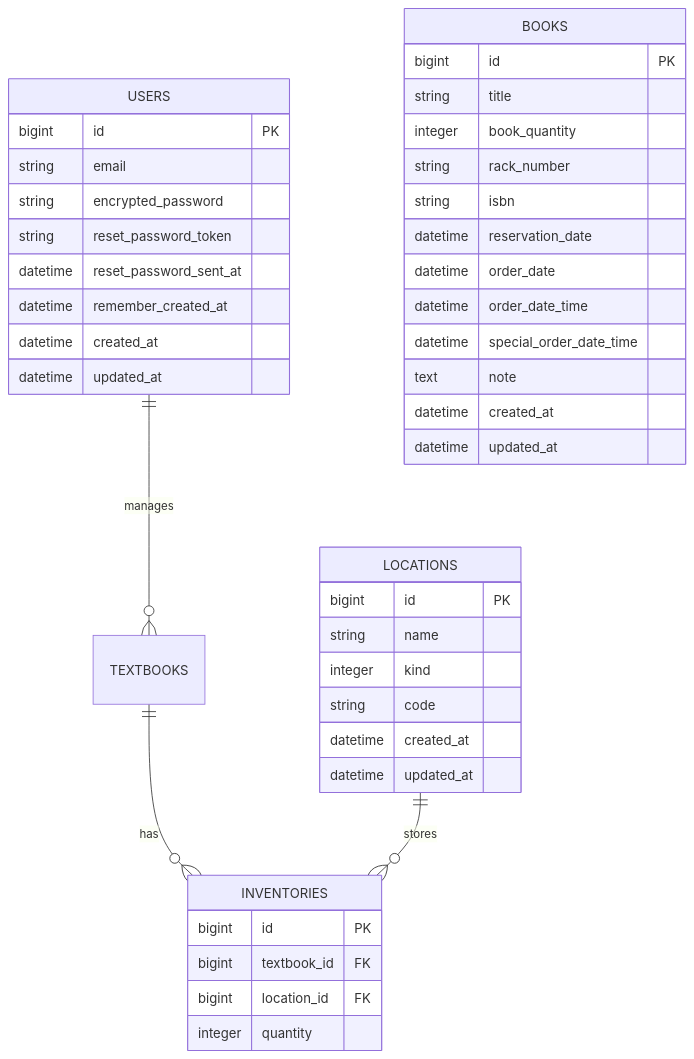
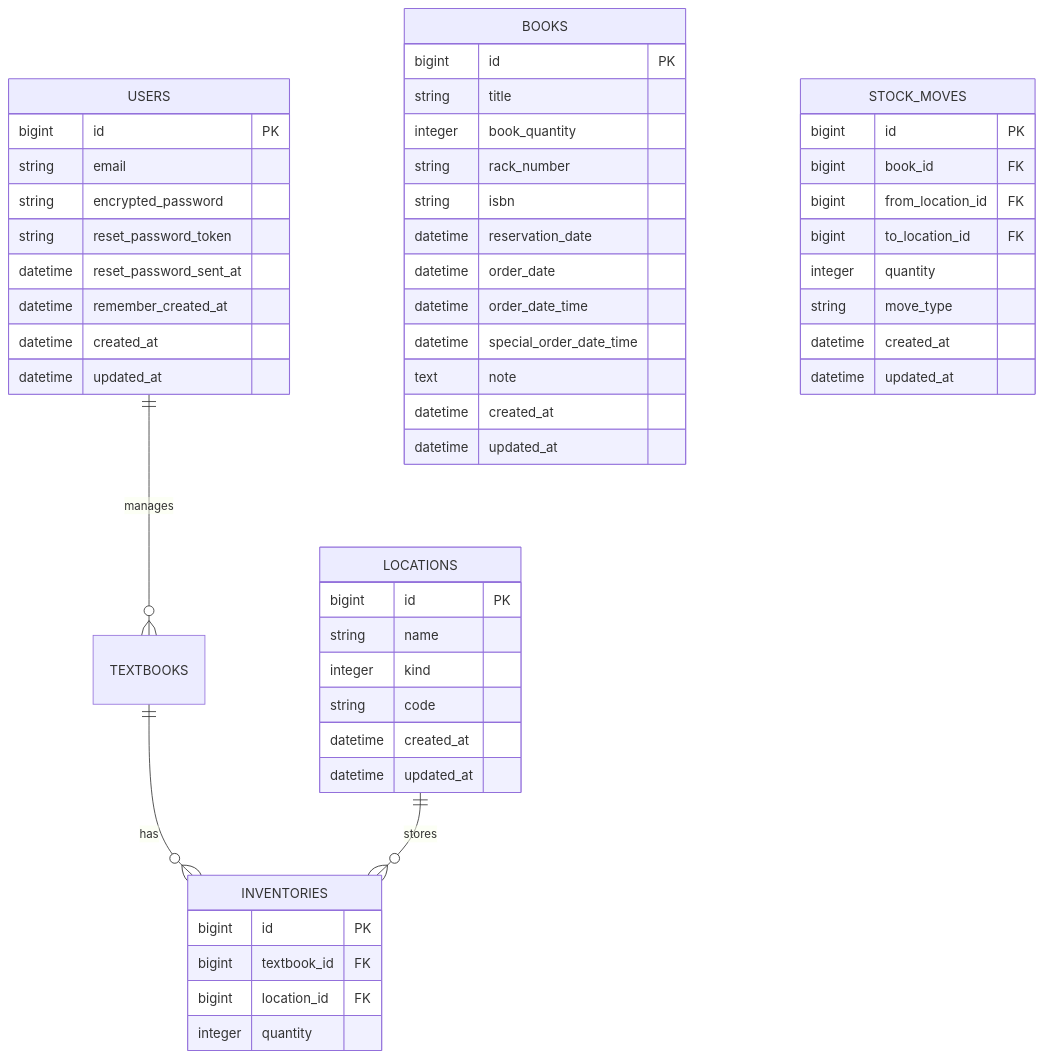
Before and after one commit to makoto860/book_stock_move_app: the diagram in README.md, drawn with Mermaid.

````diff
--- a/README.md
+++ b/README.md
@@ -17,48 +17,59 @@
 ```mermaid
 erDiagram
 USERS {
   bigint id PK
   string email
   string encrypted_password
   string reset_password_token
   datetime reset_password_sent_at
   datetime remember_created_at
   datetime created_at
   datetime updated_at
 }
 
 BOOKS {
     bigint id PK
     string title
     integer book_quantity
     string rack_number
     string isbn
     datetime reservation_date
     datetime order_date
     datetime order_date_time
     datetime special_order_date_time
     text note
     datetime created_at
     datetime updated_at
 }
 
 LOCATIONS {
   bigint id PK
   string name
   integer kind
   string code
   datetime created_at
   datetime updated_at
 }
 
+STOCK_MOVES {
+  bigint id PK
+  bigint book_id FK
+  bigint from_location_id FK
+  bigint to_location_id FK
+  integer quantity
+  string move_type
+  datetime created_at
+  datetime updated_at
+}
+
     INVENTORIES {
         bigint id PK
         bigint textbook_id FK
         bigint location_id FK
         integer quantity
     }
 
     USERS ||--o{ TEXTBOOKS : manages
     TEXTBOOKS ||--o{ INVENTORIES : has
     LOCATIONS ||--o{ INVENTORIES : stores
 ```
````
